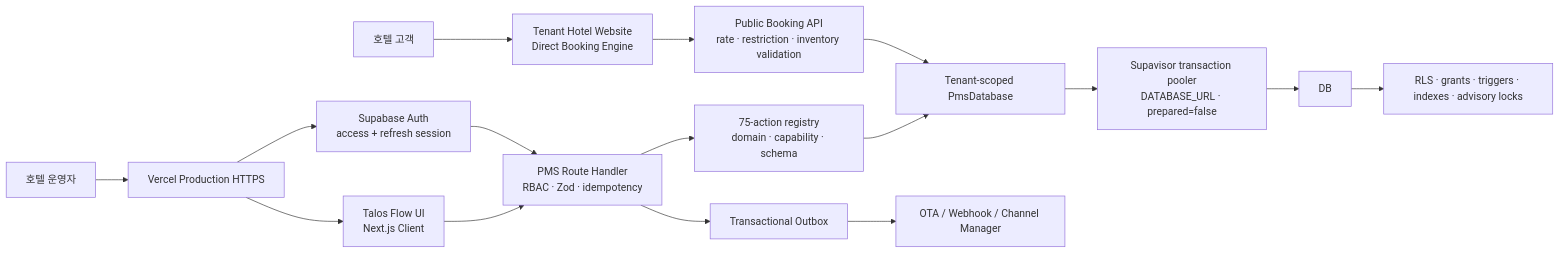
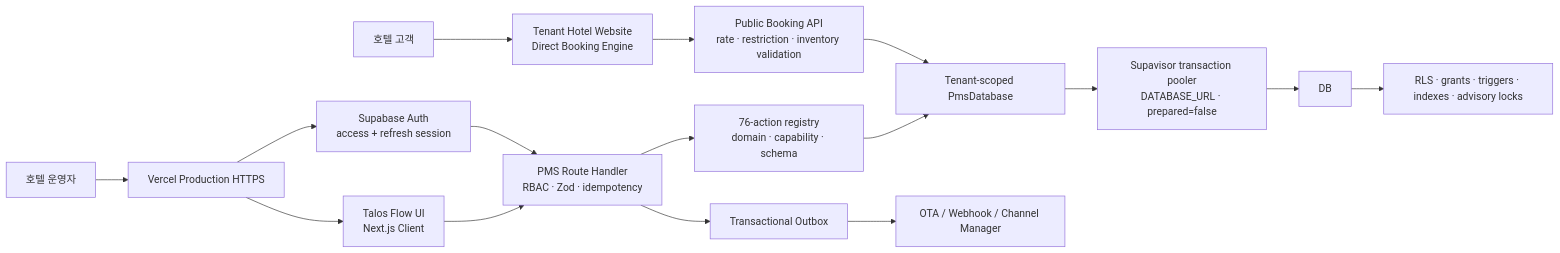
The first of 4 diagrams in docs/architecture.md (sksmsrkk-glitch/Aurora_PMS), drawn with Mermaid before and after one commit. The commit also changed other lines of this file and 26 other files, not shown here.

````diff
--- a/docs/architecture.md
+++ b/docs/architecture.md
@@ -40,18 +40,18 @@
 ```mermaid
 flowchart LR
   U["호텔 운영자"] --> VERCEL["Vercel Production HTTPS"]
   G["호텔 고객"] --> WEB["Tenant Hotel Website\nDirect Booking Engine"]
   VERCEL --> AUTH["Supabase Auth\naccess + refresh session"]
   VERCEL --> UI["Talos Flow UI\nNext.js Client"]
   AUTH --> API["PMS Route Handler\nRBAC · Zod · idempotency"]
   UI --> API
   WEB --> BOOKING["Public Booking API\nrate · restriction · inventory validation"]
-  API --> REGISTRY["75-action registry\ndomain · capability · schema"]
+  API --> REGISTRY["76-action registry\ndomain · capability · schema"]
   REGISTRY --> ADAPTER["Tenant-scoped PmsDatabase"]
   BOOKING --> ADAPTER
   ADAPTER --> PG["Supavisor transaction pooler\nDATABASE_URL · prepared=false"]
   PG --> DB
   DB --> GUARD["RLS · grants · triggers · indexes · advisory locks"]
   API --> OUTBOX["Transactional Outbox"]
   OUTBOX --> OTA["OTA / Webhook / Channel Manager"]
 ```
````
